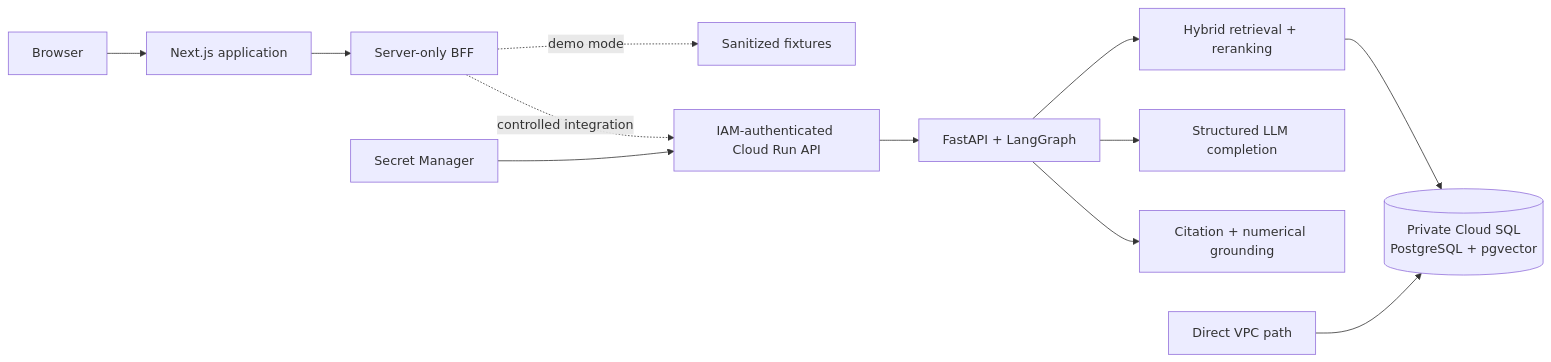
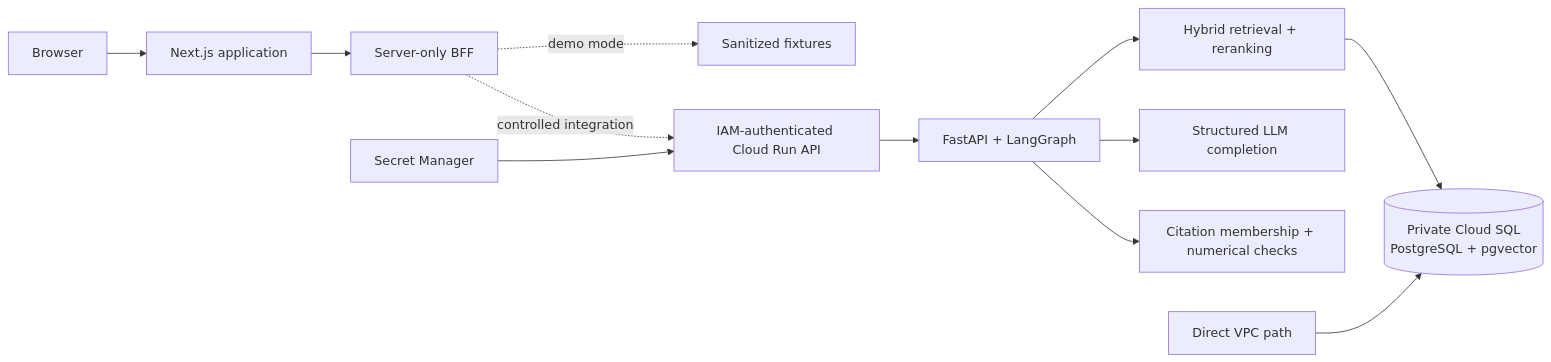
The diagram in README.md (Rajdeep1212/setu-intelligence-workspace), drawn with Mermaid before and after one commit. The commit also changed other lines of this file and 31 other files, not shown here.

````diff
--- a/README.md
+++ b/README.md
@@ -50,14 +51,14 @@
 ```mermaid
 flowchart LR
     B[Browser] --> N[Next.js application]
     N --> F[Server-only BFF]
     F -. demo mode .-> D[Sanitized fixtures]
     F -. controlled integration .-> I[IAM-authenticated Cloud Run API]
     I --> A[FastAPI + LangGraph]
     A --> R[Hybrid retrieval + reranking]
     R --> Q[(Private Cloud SQL<br/>PostgreSQL + pgvector)]
     A --> L[Structured LLM completion]
-    A --> G[Citation + numerical grounding]
+    A --> G[Citation membership + numerical checks]
     S[Secret Manager] --> I
     V[Direct VPC path] --> Q
 ```
````
